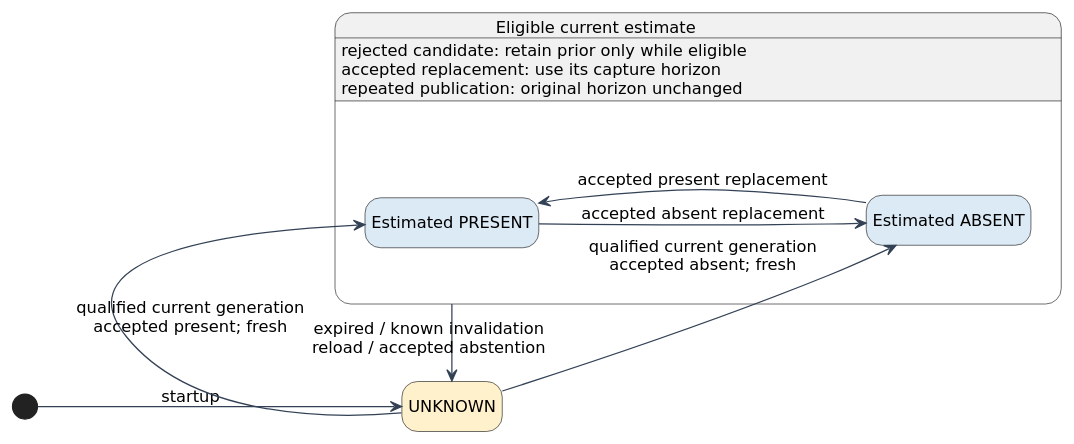
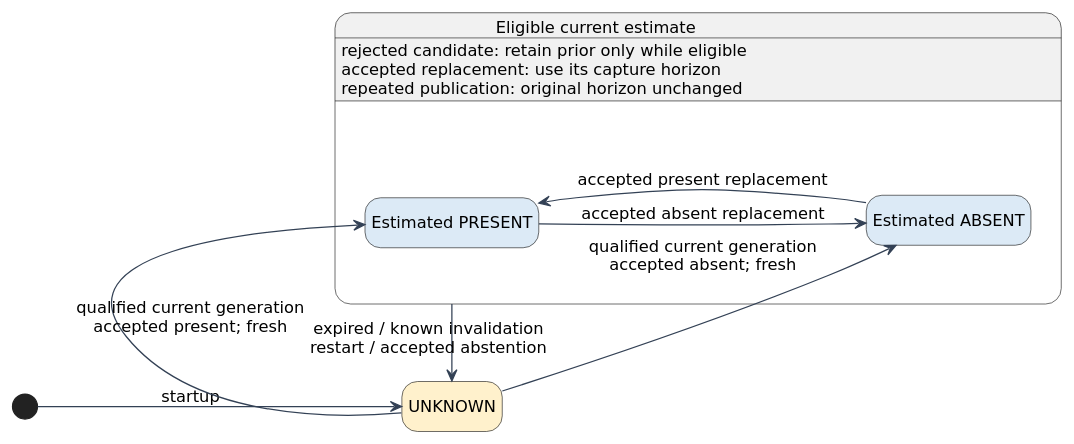
Before and after one commit to Sage-Cat/cooperative-wifi-presence-monitor: the diagram in docs/diagrams/result_state.puml, drawn with PlantUML. The commit also changed 31 other files, not shown here.

```diff
--- a/docs/diagrams/result_state.puml
+++ b/docs/diagrams/result_state.puml
@@ -1,25 +1,25 @@
 @startuml
 skinparam shadowing false
 skinparam defaultFontName DejaVu Sans
 skinparam defaultFontSize 13
 skinparam backgroundColor white
 skinparam ArrowColor #334155
 skinparam componentStyle rectangle
 skinparam packageStyle rectangle
 hide empty description
 left to right direction
 state "UNKNOWN" as Unknown #FFF1CC
 state "Eligible current estimate" as Eligible {
   state "Estimated PRESENT" as Present #DCEAF6
   state "Estimated ABSENT" as Absent #DCEAF6
   Present --> Absent : accepted absent replacement
   Absent --> Present : accepted present replacement
 }
 Eligible : rejected candidate: retain prior only while eligible
 Eligible : accepted replacement: use its capture horizon
 Eligible : repeated publication: original horizon unchanged
 [*] --> Unknown : startup
 Unknown --> Present : qualified current generation\naccepted present; fresh
 Unknown --> Absent : qualified current generation\naccepted absent; fresh
-Eligible --> Unknown : expired / known invalidation\nreload / accepted abstention
+Eligible --> Unknown : expired / known invalidation\nrestart / accepted abstention
 @enduml
```
